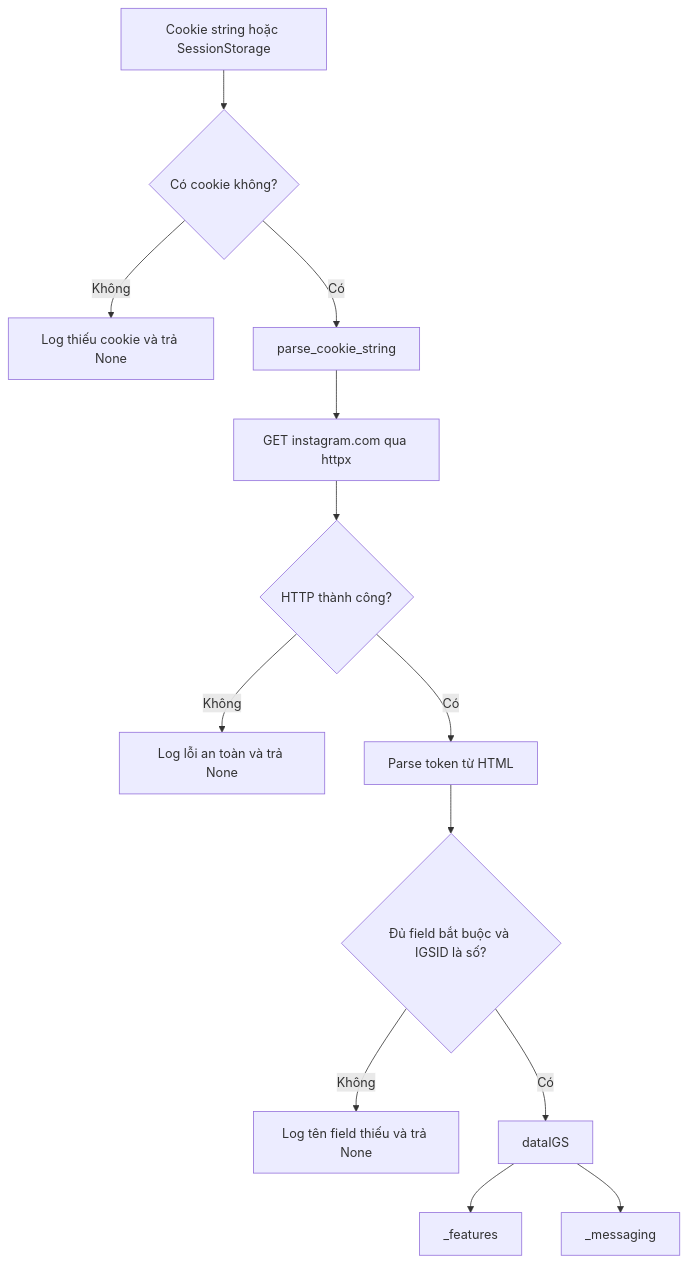
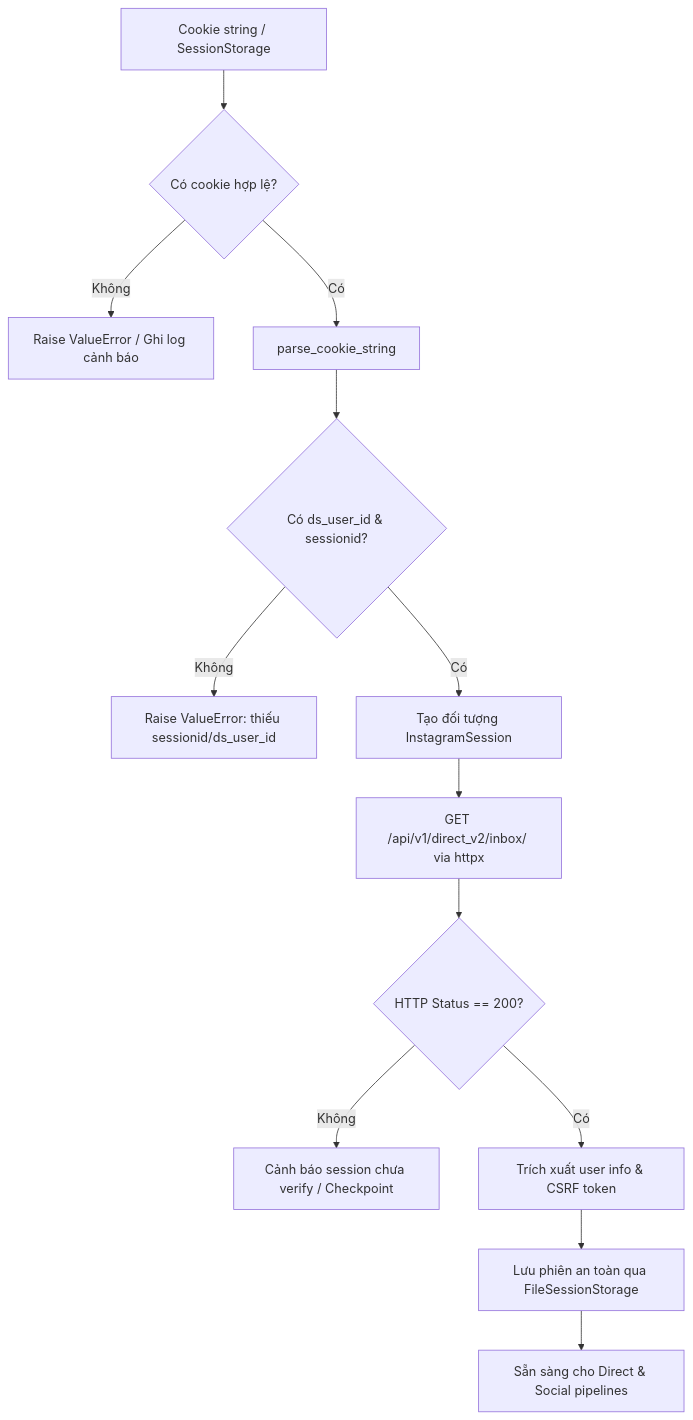
Before and after one commit to 0xshijn/igchat-v2: the second of 8 diagrams in FLOWCHART.md, drawn with Mermaid. The commit also changed other lines of this file and 246 other files, not shown here.

First line of the commit message:
feat: rebuild genuine Instagram Direct & Polaris GraphQL v3.0.0 architecture

````diff
--- a/FLOWCHART.md
+++ b/FLOWCHART.md
@@ -33,15 +44,15 @@
 ```mermaid
 flowchart TD
-    A[Cookie string hoặc SessionStorage] --> B{Có cookie không?}
-    B -- Không --> C[Log thiếu cookie và trả None]
+    A[Cookie string / SessionStorage] --> B{Có cookie hợp lệ?}
+    B -- Không --> C[Raise ValueError / Ghi log cảnh báo]
     B -- Có --> D[parse_cookie_string]
-    D --> E[GET instagram.com qua httpx]
-    E --> F{HTTP thành công?}
-    F -- Không --> G[Log lỗi an toàn và trả None]
-    F -- Có --> H[Parse token từ HTML]
-    H --> I{Đủ field bắt buộc và IGSID là số?}
-    I -- Không --> J[Log tên field thiếu và trả None]
-    I -- Có --> K[dataIGS]
-    K --> L[_features]
-    K --> M[_messaging]
+    D --> E{Có ds_user_id & sessionid?}
+    E -- Không --> F[Raise ValueError: thiếu sessionid/ds_user_id]
+    E -- Có --> G[Tạo đối tượng InstagramSession]
+    G --> H[GET /api/v1/direct_v2/inbox/ via httpx]
+    H --> I{HTTP Status == 200?}
+    I -- Không --> J[Cảnh báo session chưa verify / Checkpoint]
+    I -- Có --> K[Trích xuất user info & CSRF token]
+    K --> L[Lưu phiên an toàn qua FileSessionStorage]
+    L --> M[Sẵn sàng cho Direct & Social pipelines]
 ```
````
